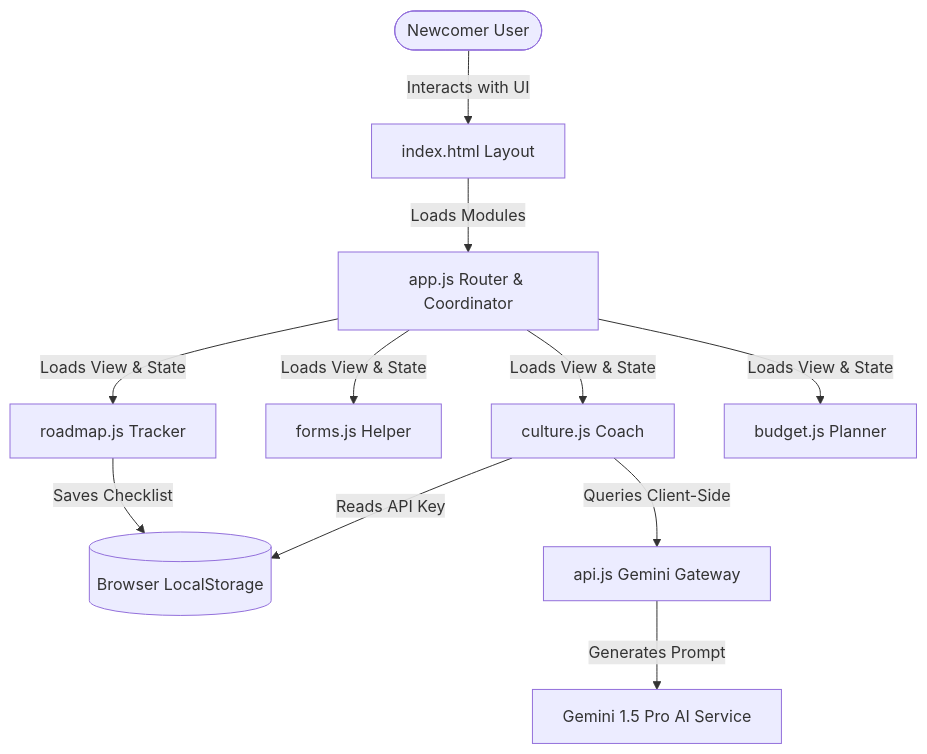
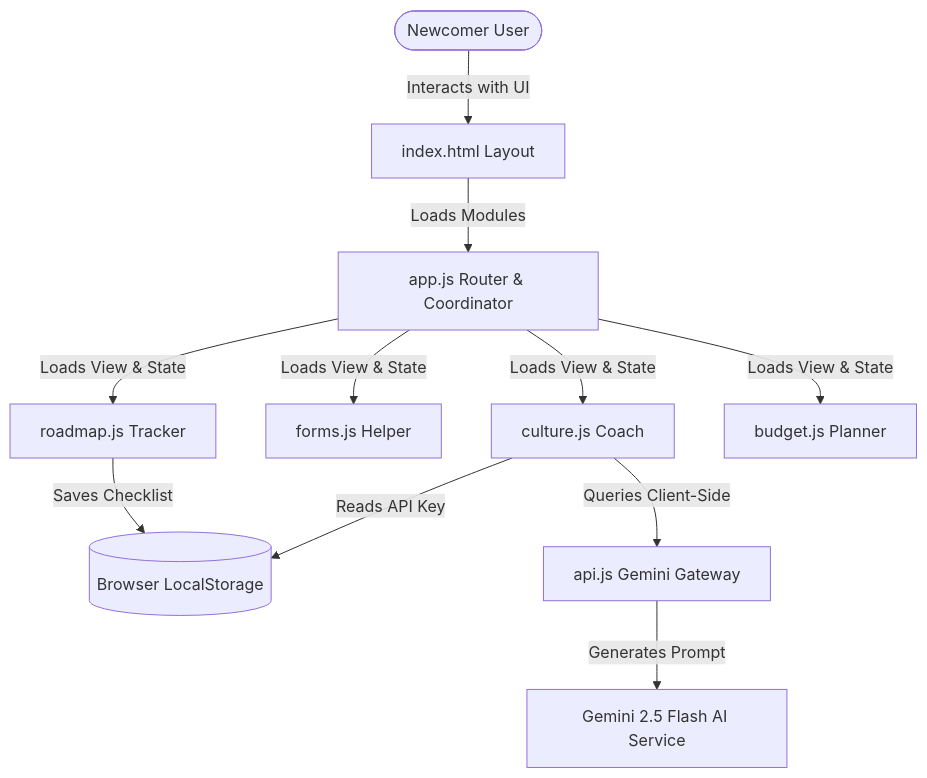
Before and after one commit to laharika15/Maple-AI-Guide: the first of 3 diagrams in README.md, drawn with Mermaid. The commit also changed other lines of this file, not shown here.

Commit message:
docs: update model references to Gemini 2.5 Flash in README

````diff
--- a/README.md
+++ b/README.md
@@ -14,16 +14,16 @@
 ```mermaid
 graph TD
     User([Newcomer User]) -->|Interacts with UI| IndexHTML[index.html Layout]
     IndexHTML -->|Loads Modules| AppJS[app.js Router & Coordinator]
     
     AppJS -->|Loads View & State| RoadmapJS[roadmap.js Tracker]
     AppJS -->|Loads View & State| FormsJS[forms.js Helper]
     AppJS -->|Loads View & State| CultureJS[culture.js Coach]
     AppJS -->|Loads View & State| BudgetJS[budget.js Planner]
     
     RoadmapJS -->|Saves Checklist| LocalStorage[(Browser LocalStorage)]
     CultureJS -->|Reads API Key| LocalStorage
     
     CultureJS -->|Queries Client-Side| APIJS[api.js Gemini Gateway]
-    APIJS -->|Generates Prompt| Gemini[Gemini 1.5 Pro AI Service]
+    APIJS -->|Generates Prompt| Gemini[Gemini 2.5 Flash AI Service]
 ```
````
